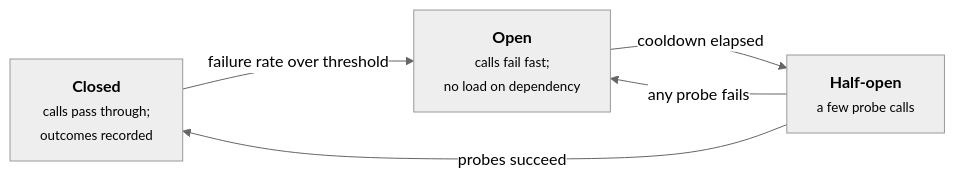
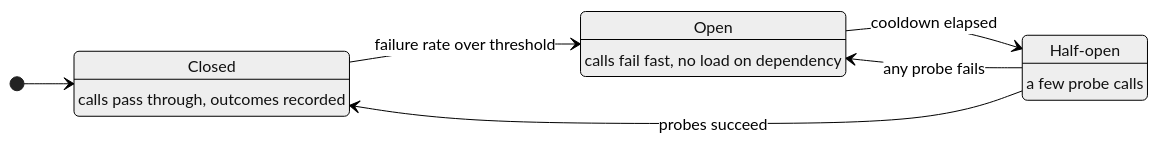
One commit to hritesh-sonawane/hritesh-sonawane.github.io changed the first of 8 diagrams in site/content/notes/systems-design/failure-modes/03-circuit-breakers-and-deadlines.md. Above: the diagram before and after it, drawn with Mermaid (neutral theme). The commit also changed other lines of this file and 225 other files, not shown here.

````diff
--- a/site/content/notes/systems-design/failure-modes/03-circuit-breakers-and-deadlines.md
+++ b/site/content/notes/systems-design/failure-modes/03-circuit-breakers-and-deadlines.md
@@ -36,13 +36,18 @@
-```mermaid {title="Circuit breaker states"}
-flowchart LR
-  C["<b>Closed</b><br/><small>calls pass through;<br/>outcomes recorded</small>"]
-  O["<b>Open</b><br/><small>calls fail fast;<br/>no load on dependency</small>"]
-  H["<b>Half-open</b><br/><small>a few probe calls</small>"]
-  C -->|"failure rate over threshold"| O
-  O -->|"cooldown elapsed"| H
-  H -->|"probes succeed"| C
-  H -->|"any probe fails"| O
+```mermaid {title="A breaker opens on failures and probes before it closes again"}
+stateDiagram-v2
+  direction LR
+  state "Closed" as C
+  state "Open" as O
+  state "Half-open" as H
+  C : calls pass through, outcomes recorded
+  O : calls fail fast, no load on dependency
+  H : a few probe calls
+  [*] --> C
+  C --> O: failure rate over threshold
+  O --> H: cooldown elapsed
+  H --> C: probes succeed
+  H --> O: any probe fails
   class C good
   class O warn
   class H queue
 ```
````
